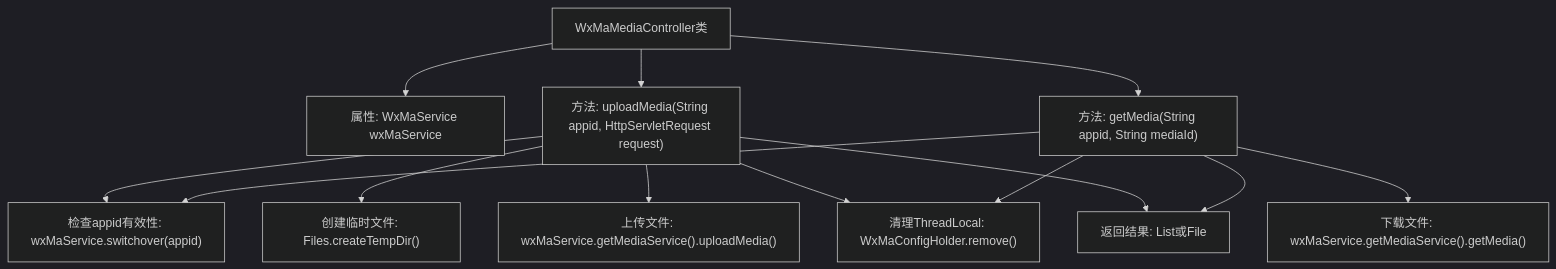
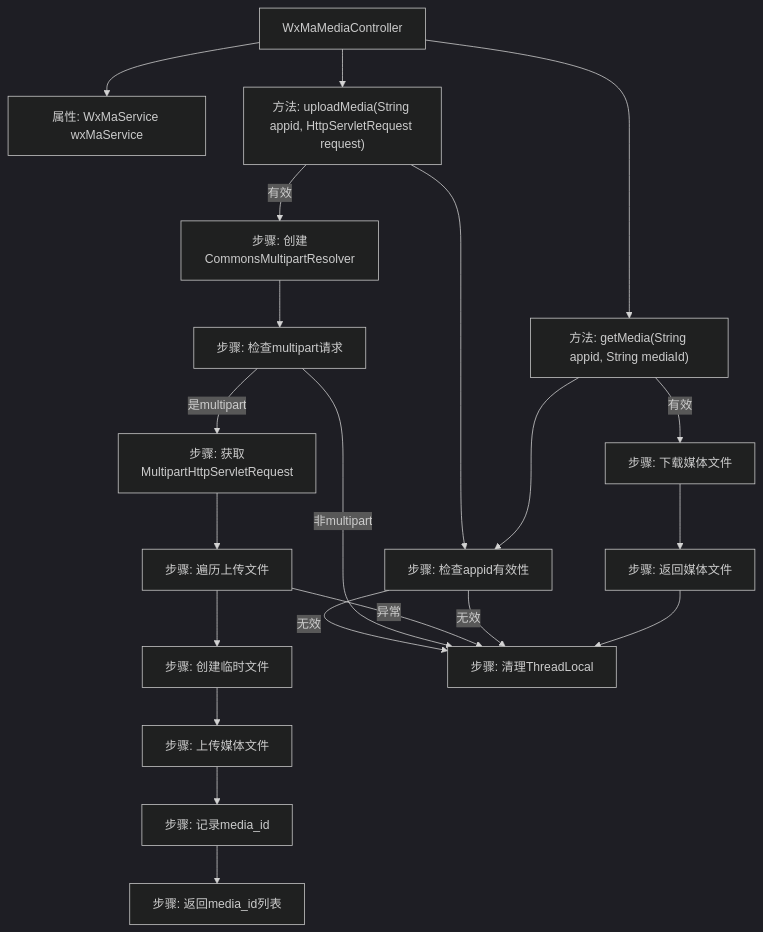
Before and after one commit to v-wjrong/rongwj666_weixin-java-miniapp-demo: the second of 2 diagrams in docs/zh/docs/src/main/java/com/github/binarywang/demo/wx/miniapp/controller/WxMaMediaController.md, drawn with Mermaid (dark theme). The commit also changed other lines of this file and 42 other files, not shown here.

````diff
--- a/docs/zh/docs/src/main/java/com/github/binarywang/demo/wx/miniapp/controller/WxMaMediaController.md
+++ b/docs/zh/docs/src/main/java/com/github/binarywang/demo/wx/miniapp/controller/WxMaMediaController.md
@@ -81,26 +82,29 @@
 ```mermaid
 graph TD
-    A["WxMaMediaController类"]
+    A["WxMaMediaController"]
     B["属性: WxMaService wxMaService"]
     C["方法: uploadMedia(String appid, HttpServletRequest request)"]
     D["方法: getMedia(String appid, String mediaId)"]
-    E["检查appid有效性: wxMaService.switchover(appid)"]
-    F["创建临时文件: Files.createTempDir()"]
-    G["上传文件: wxMaService.getMediaService().uploadMedia()"]
-    H["下载文件: wxMaService.getMediaService().getMedia()"]
-    I["清理ThreadLocal: WxMaConfigHolder.remove()"]
-    J["返回结果: List<String>或File"]
+    E["步骤: 检查appid有效性"]
+    F["步骤: 创建CommonsMultipartResolver"]
+    G["步骤: 检查multipart请求"]
+    H["步骤: 获取MultipartHttpServletRequest"]
+    I["步骤: 遍历上传文件"]
+    J["步骤: 创建临时文件"]
+    K["步骤: 上传媒体文件"]
+    L["步骤: 记录media_id"]
+    M["步骤: 清理ThreadLocal"]
+    N["步骤: 返回media_id列表"]
+    O["步骤: 下载媒体文件"]
+    P["步骤: 返回媒体文件"]
 
     A --> B
     A --> C
     A --> D
-    C --> E
-    C --> F
-    C --> G
-    C --> I
-    C --> J
-    D --> E
-    D --> H
-    D --> I
-    D --> J
+    C --> E -->|无效| M
+    C -->|有效| F --> G -->|非multipart| M
+    G -->|是multipart| H --> I --> J --> K --> L --> N
+    I -->|异常| M
+    D --> E -->|无效| M
+    D -->|有效| O --> P --> M
 ```
````
